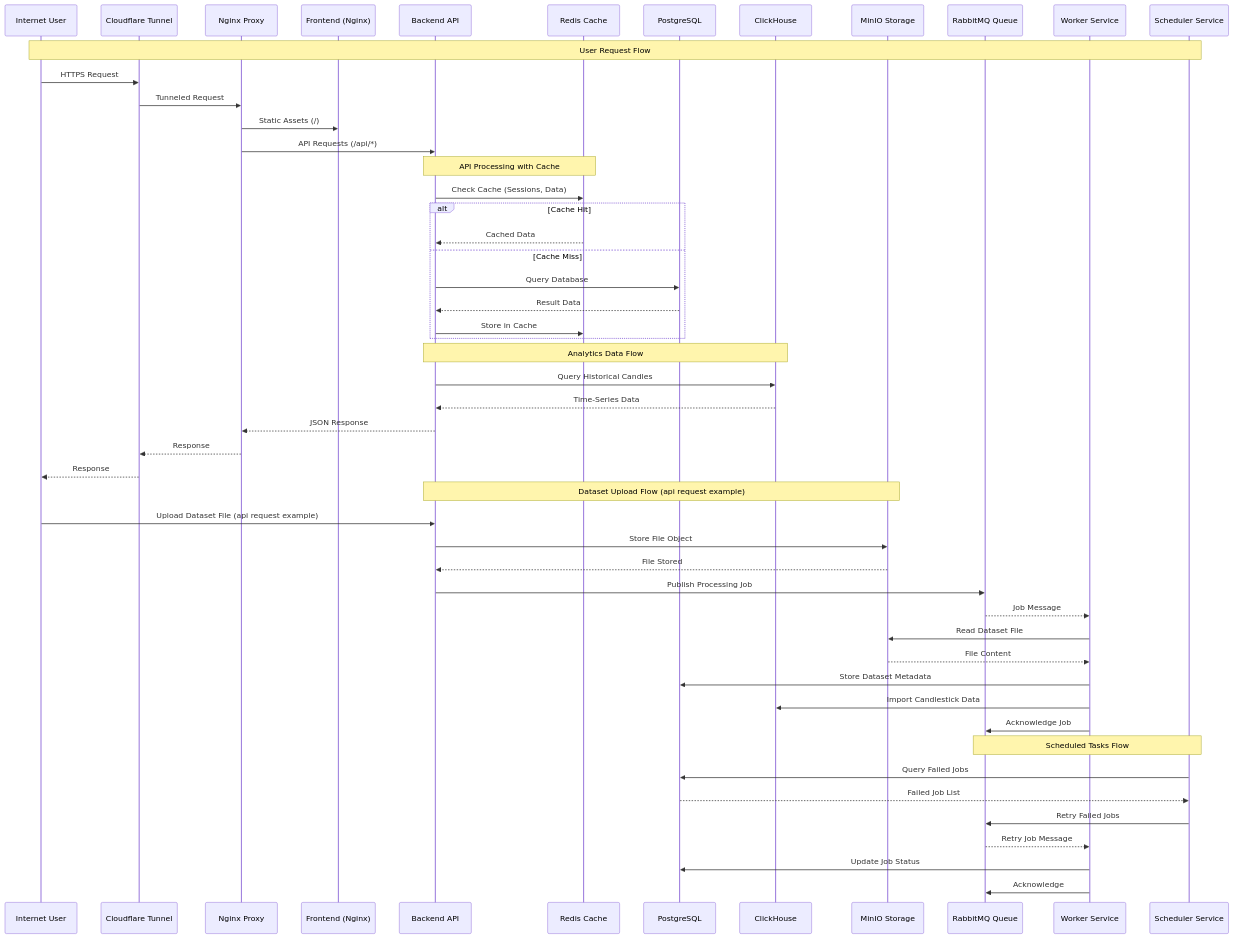
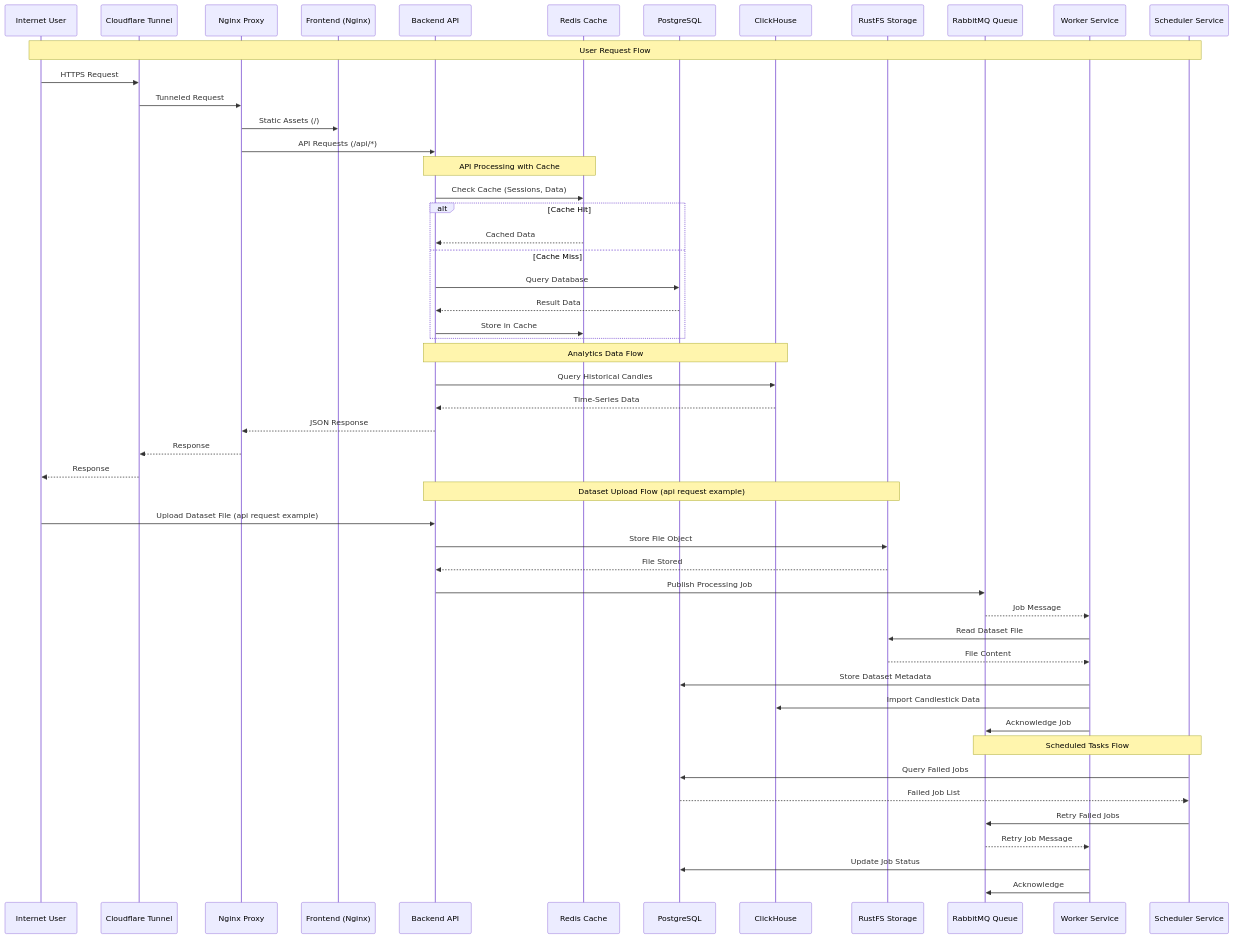
Before and after one commit to DamienReichhart/BackTrade: the diagram in documentation/docker/prod/data-flow.md, drawn with Mermaid. The commit also changed 18 other files, not shown here.

````diff
--- a/documentation/docker/prod/data-flow.md
+++ b/documentation/docker/prod/data-flow.md
@@ -1,58 +1,58 @@
 ```mermaid
 sequenceDiagram
     participant User as Internet User
     participant CF as Cloudflare Tunnel
     participant Proxy as Nginx Proxy
     participant Frontend as Frontend (Nginx)
     participant API as Backend API
     participant Redis as Redis Cache
     participant Postgres as PostgreSQL
     participant ClickHouse as ClickHouse
-    participant MinIO as MinIO Storage
+    participant RustFS as RustFS Storage
     participant RabbitMQ as RabbitMQ Queue
     participant Worker as Worker Service
     participant Scheduler as Scheduler Service
 
     Note over User,Scheduler: User Request Flow
     User->>CF: HTTPS Request
     CF->>Proxy: Tunneled Request
     Proxy->>Frontend: Static Assets (/)
     Proxy->>API: API Requests (/api/*)
 
     Note over API,Redis: API Processing with Cache
     API->>Redis: Check Cache (Sessions, Data)
     alt Cache Hit
         Redis-->>API: Cached Data
     else Cache Miss
         API->>Postgres: Query Database
         Postgres-->>API: Result Data
         API->>Redis: Store in Cache
     end
 
     Note over API,ClickHouse: Analytics Data Flow
     API->>ClickHouse: Query Historical Candles
     ClickHouse-->>API: Time-Series Data
     API-->>Proxy: JSON Response
     Proxy-->>CF: Response
     CF-->>User: Response
 
-    Note over API,MinIO: Dataset Upload Flow (api request example)
+    Note over API,RustFS: Dataset Upload Flow (api request example)
     User->>API: Upload Dataset File (api request example)
-    API->>MinIO: Store File Object
-    MinIO-->>API: File Stored
+    API->>RustFS: Store File Object
+    RustFS-->>API: File Stored
     API->>RabbitMQ: Publish Processing Job
     RabbitMQ-->>Worker: Job Message
-    Worker->>MinIO: Read Dataset File
-    MinIO-->>Worker: File Content
+    Worker->>RustFS: Read Dataset File
+    RustFS-->>Worker: File Content
     Worker->>Postgres: Store Dataset Metadata
     Worker->>ClickHouse: Import Candlestick Data
     Worker->>RabbitMQ: Acknowledge Job
 
     Note over Scheduler,RabbitMQ: Scheduled Tasks Flow
     Scheduler->>Postgres: Query Failed Jobs
     Postgres-->>Scheduler: Failed Job List
     Scheduler->>RabbitMQ: Retry Failed Jobs
     RabbitMQ-->>Worker: Retry Job Message
     Worker->>Postgres: Update Job Status
     Worker->>RabbitMQ: Acknowledge
 ```
````
